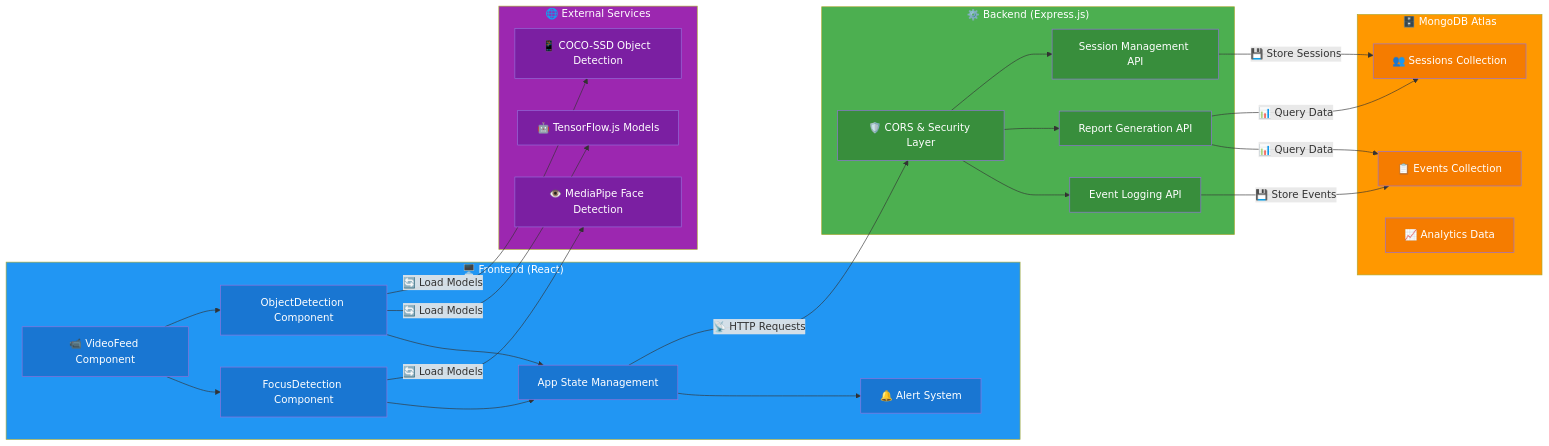
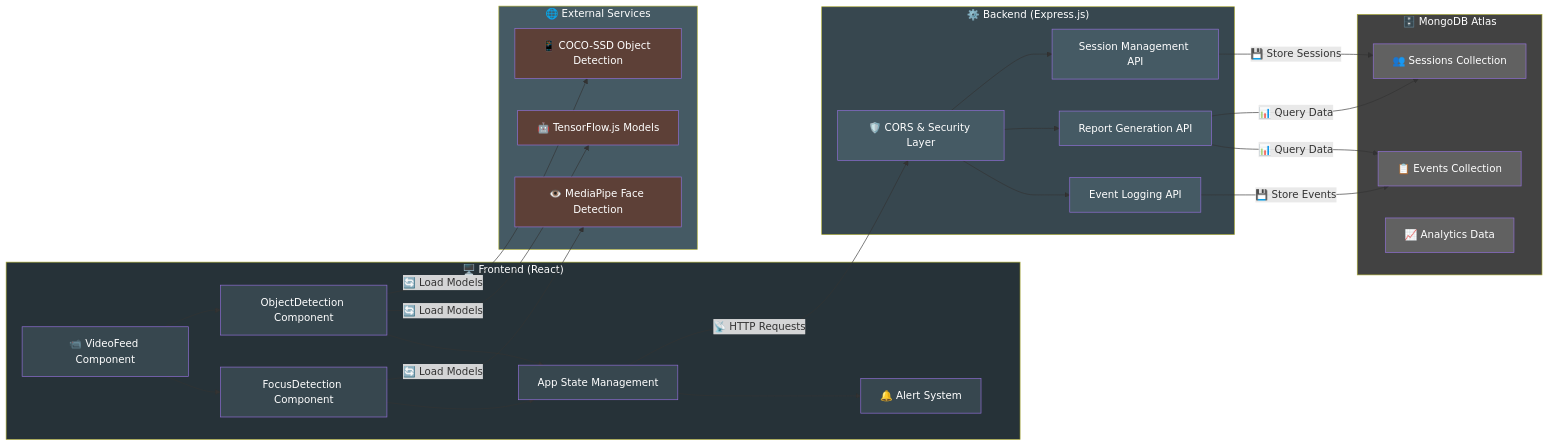
One commit to iwanturequity/Tutedude-assignment changed the second of 2 diagrams in README.md. Above: the diagram before and after it, drawn with Mermaid. The commit also changed other lines of this file, not shown here.

Commit message:
Update Mermaid diagram

````diff
--- a/README.md
+++ b/README.md
@@ -103,73 +103,73 @@
 ```mermaid
 flowchart LR
     subgraph Frontend["🖥️ Frontend (React)"]
         A[📹 VideoFeed Component]
         B[ FocusDetection Component] 
         C[ ObjectDetection Component]
         D[ App State Management]
         E[🔔 Alert System]
     end
     
     subgraph Backend["⚙️ Backend (Express.js)"]
         F[🛡️ CORS & Security Layer]
         G[ Event Logging API]
         H[ Report Generation API]
         I[ Session Management API]
     end
     
     subgraph Database["🗄️ MongoDB Atlas"]
         J[📋 Events Collection]
         K[👥 Sessions Collection]
         L[📈 Analytics Data]
     end
     
     subgraph External["🌐 External Services"]
         M[🤖 TensorFlow.js Models]
         N[👁️ MediaPipe Face Detection]
         O[📱 COCO-SSD Object Detection]
     end
     
     A --> B
     A --> C
     B --> D
     C --> D
     D --> E
     
     D -->|📡 HTTP Requests| F
     F --> G
     F --> H
     F --> I
     
     G -->|💾 Store Events| J
     I -->|💾 Store Sessions| K
     H -->|📊 Query Data| J
     H -->|📊 Query Data| K
     
     B -->|🔄 Load Models| N
     C -->|🔄 Load Models| M
     C -->|🔄 Load Models| O
     
-    style Frontend fill:#2196F3,color:#ffffff
-    style Backend fill:#4CAF50,color:#ffffff
-    style Database fill:#FF9800,color:#ffffff
-    style External fill:#9C27B0,color:#ffffff
+    style Frontend fill:#263238,color:#ffffff
+    style Backend fill:#37474f,color:#ffffff
+    style Database fill:#424242,color:#ffffff
+    style External fill:#455a64,color:#ffffff
     
-    style A fill:#1976D2,color:#ffffff
-    style B fill:#1976D2,color:#ffffff
-    style C fill:#1976D2,color:#ffffff
-    style D fill:#1976D2,color:#ffffff
-    style E fill:#1976D2,color:#ffffff
+    style A fill:#37474f,color:#ffffff
+    style B fill:#37474f,color:#ffffff
+    style C fill:#37474f,color:#ffffff
+    style D fill:#37474f,color:#ffffff
+    style E fill:#37474f,color:#ffffff
     
-    style F fill:#388E3C,color:#ffffff
-    style G fill:#388E3C,color:#ffffff
-    style H fill:#388E3C,color:#ffffff
-    style I fill:#388E3C,color:#ffffff
+    style F fill:#455a64,color:#ffffff
+    style G fill:#455a64,color:#ffffff
+    style H fill:#455a64,color:#ffffff
+    style I fill:#455a64,color:#ffffff
     
-    style J fill:#F57C00,color:#ffffff
-    style K fill:#F57C00,color:#ffffff
-    style L fill:#F57C00,color:#ffffff
+    style J fill:#616161,color:#ffffff
+    style K fill:#616161,color:#ffffff
+    style L fill:#616161,color:#ffffff
     
-    style M fill:#7B1FA2,color:#ffffff
-    style N fill:#7B1FA2,color:#ffffff
-    style O fill:#7B1FA2,color:#ffffff
+    style M fill:#5d4037,color:#ffffff
+    style N fill:#5d4037,color:#ffffff
+    style O fill:#5d4037,color:#ffffff
 ```
````
